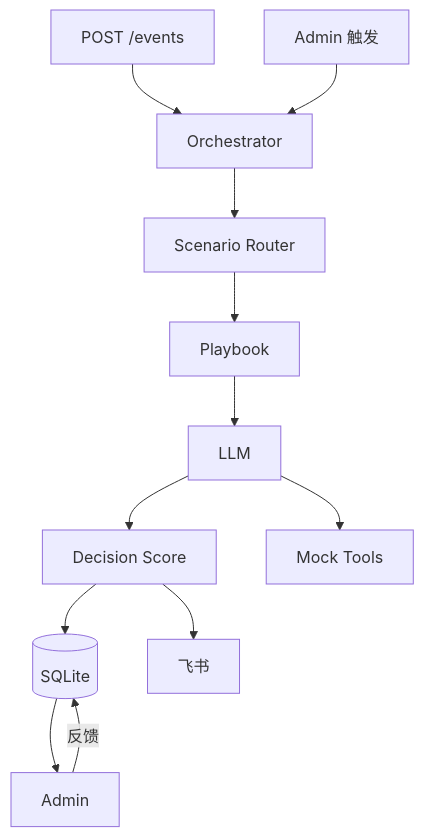
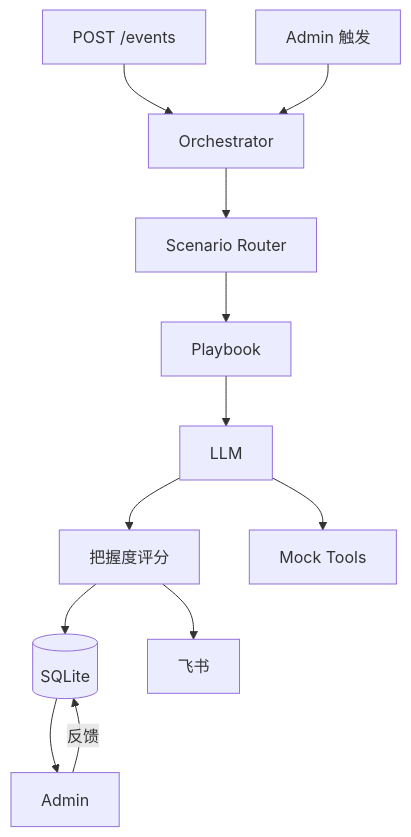
One commit to lurui1997/coagent changed the diagram in docs/superpowers/specs/archive/2026-06-27-coagent-design-v3.md. Above: the diagram before and after it, drawn with Mermaid. The commit also changed other lines of this file and 5 other files, not shown here.

````diff
--- a/docs/superpowers/specs/archive/2026-06-27-coagent-design-v3.md
+++ b/docs/superpowers/specs/archive/2026-06-27-coagent-design-v3.md
@@ -223,12 +223,12 @@
 ```mermaid
 flowchart TB
     EV[POST /events] --> OR[Orchestrator]
     AD[Admin 触发] --> OR
     OR --> SR[Scenario Router] --> PE[Playbook] --> LLM[LLM]
-    LLM --> DS[Decision Score]
+    LLM --> DS[把握度评分]
     LLM --> T[Mock Tools]
     DS --> DB[(SQLite)]
     DB --> WEB[Admin]
     DS --> FS[飞书]
     WEB -->|反馈| DB
 ```
````
